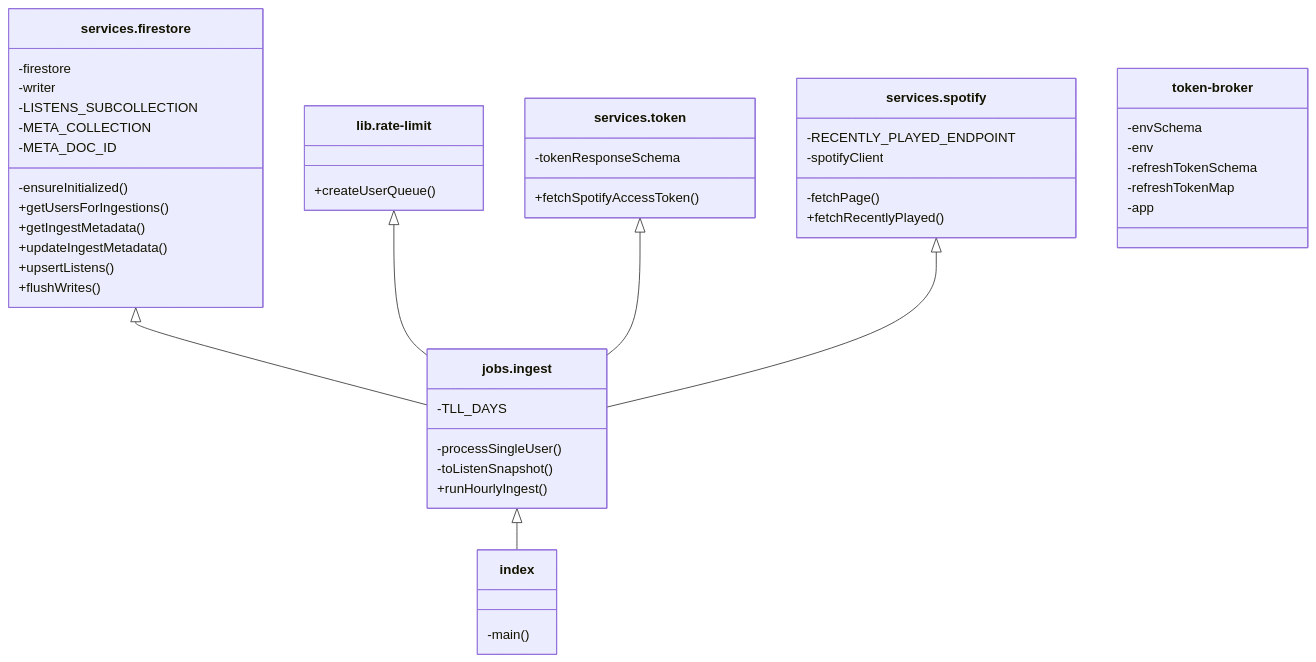
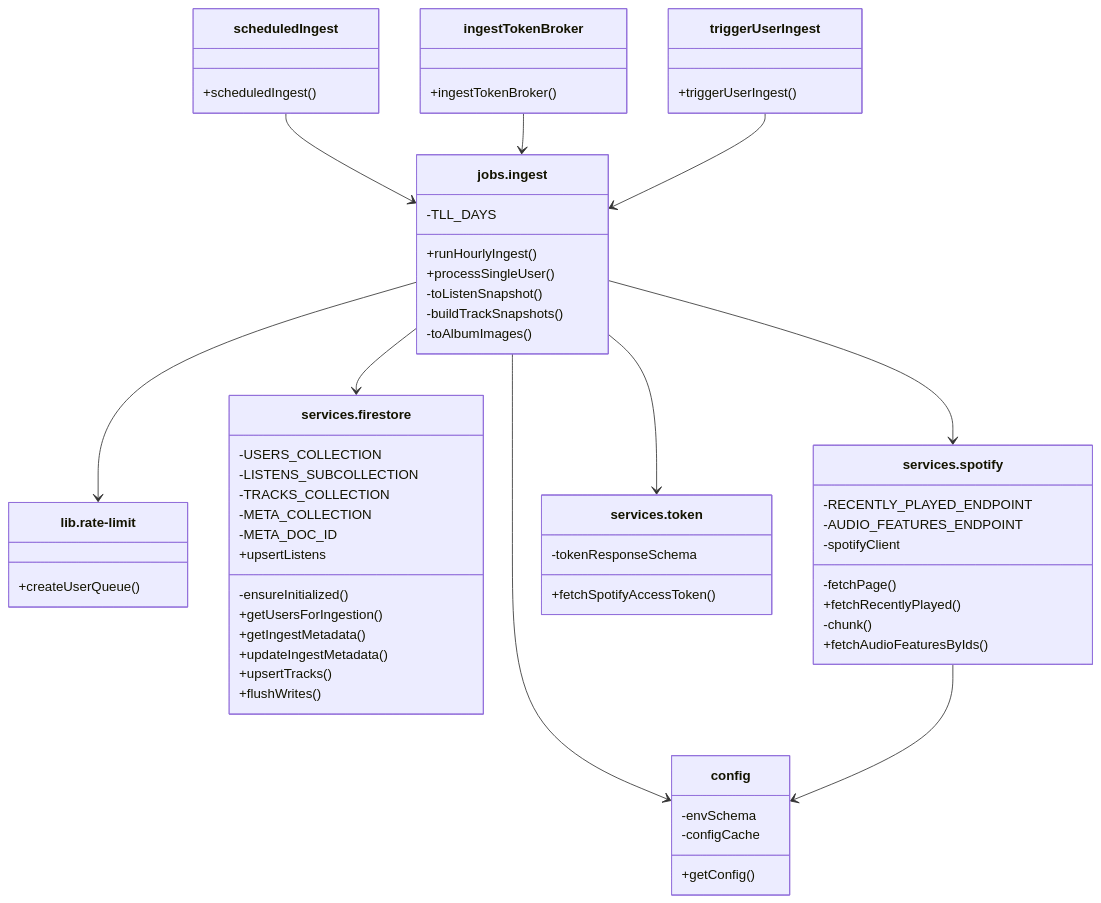
One commit to takuto0404/BOOMY_spotify_ingest changed the diagram in diagram/spotify_ingerst_mermaid.md. Above: the diagram before and after it, drawn with Mermaid. The commit also changed 5 other files, not shown here.

````diff
--- a/diagram/spotify_ingerst_mermaid.md
+++ b/diagram/spotify_ingerst_mermaid.md
@@ -1,59 +1,65 @@
 ```mermaid
 classDiagram
     class jobs.ingest{
         -TLL_DAYS
-        -processSingleUser()
+        +runHourlyIngest()
+        +processSingleUser()
         -toListenSnapshot()
-        +runHourlyIngest()
+        -buildTrackSnapshots()
+        -toAlbumImages()
     }
-
     class lib.rate-limit{
         +createUserQueue()
     }
-
     class services.firestore{
-        -firestore
-        -writer
+        -USERS_COLLECTION
         -LISTENS_SUBCOLLECTION
+        -TRACKS_COLLECTION
         -META_COLLECTION
         -META_DOC_ID
         -ensureInitialized()
-        +getUsersForIngestions()
+        +getUsersForIngestion()
         +getIngestMetadata()
         +updateIngestMetadata()
-        +upsertListens()
+        +upsertListens
+        +upsertTracks()
         +flushWrites()
     }
-
     class services.spotify{
         -RECENTLY_PLAYED_ENDPOINT
+        -AUDIO_FEATURES_ENDPOINT
         -spotifyClient
         -fetchPage()
         +fetchRecentlyPlayed()
+        -chunk()
+        +fetchAudioFeaturesByIds()
     }
-
     class services.token{
         -tokenResponseSchema
         +fetchSpotifyAccessToken()
     }
-
-    class index{
-        -main()
+    class config{
+        -envSchema
+        -configCache
+        +getConfig()
+    }
+    class ingestTokenBroker{
+        +ingestTokenBroker()
+    }
+    class scheduledIngest{
+        +scheduledIngest()
+    }
+    class triggerUserIngest{
+        +triggerUserIngest()
     }
 
-    class token-broker{
-        -envSchema
-        -env
-        -refreshTokenSchema
-        -refreshTokenMap
-        -app
-    }
-
-    services.firestore <|-- jobs.ingest
-    lib.rate-limit <|-- jobs.ingest
-    services.token <|-- jobs.ingest
-    services.spotify <|-- jobs.ingest
-
-    jobs.ingest <|-- index
-
+    jobs.ingest --> config
+    jobs.ingest --> lib.rate-limit
+    jobs.ingest --> services.firestore
+    jobs.ingest --> services.token
+    jobs.ingest --> services.spotify
+    services.spotify --> config
+    scheduledIngest --> jobs.ingest
+    ingestTokenBroker --> jobs.ingest
+    triggerUserIngest --> jobs.ingest
 ```
````
